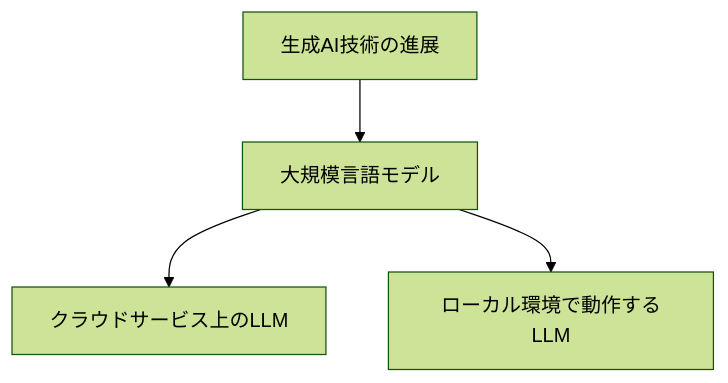
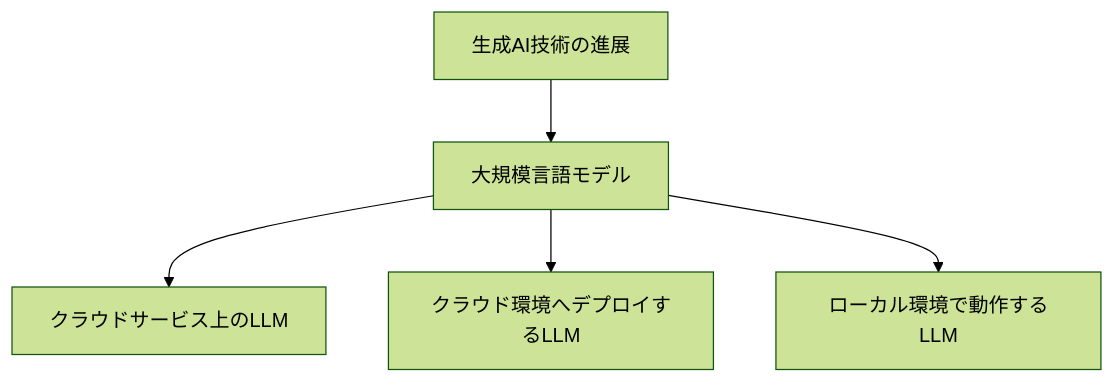
Before and after one commit to SparklingDetergent/doc_genai_The_usefulness_of_local_LLM: the first of 12 diagrams in README.md, drawn with Mermaid (forest theme).

````diff
--- a/README.md
+++ b/README.md
@@ -25,6 +25,7 @@
 ```mermaid
 graph TB
     A[生成AI技術の進展] --> B[大規模言語モデル]
     B --> C[クラウドサービス上のLLM]
+    B --> E[クラウド環境へデプロイするLLM]
     B --> D[ローカル環境で動作するLLM]
 ```
````
